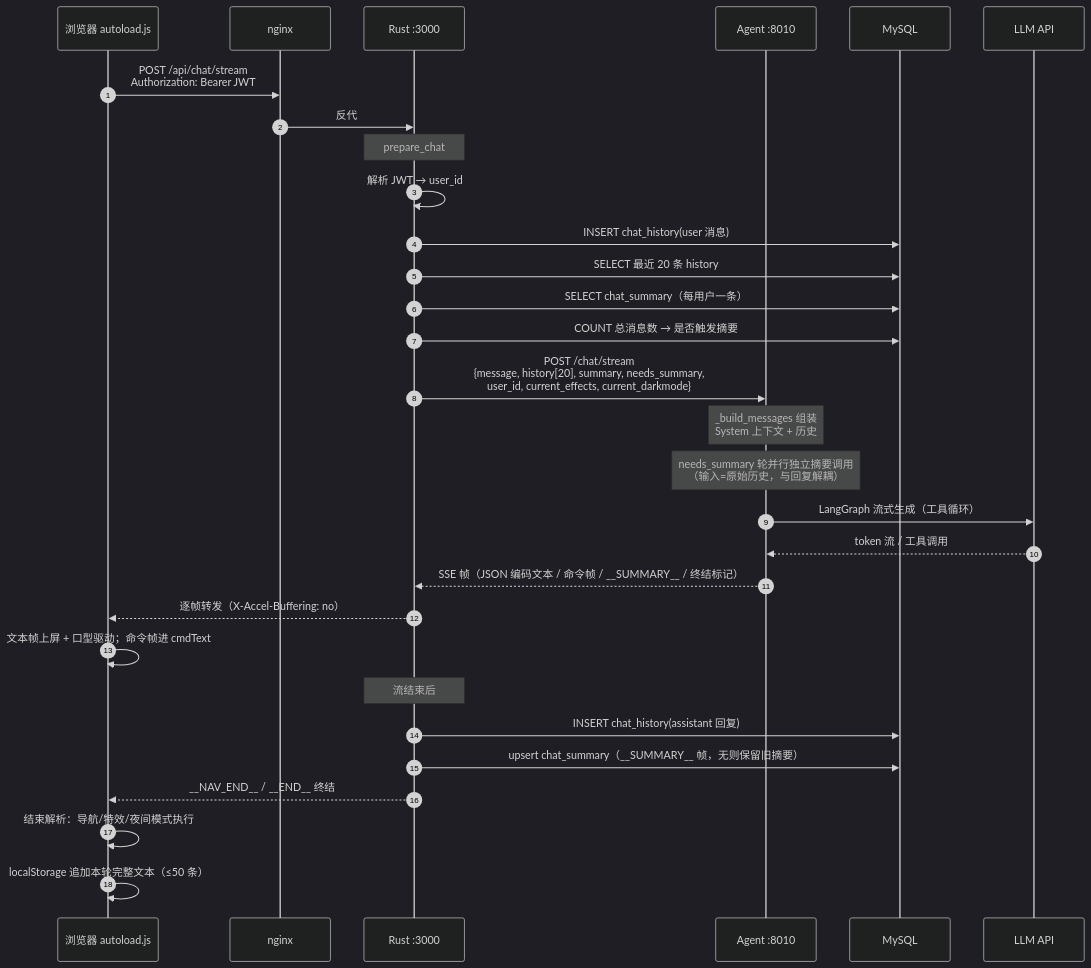
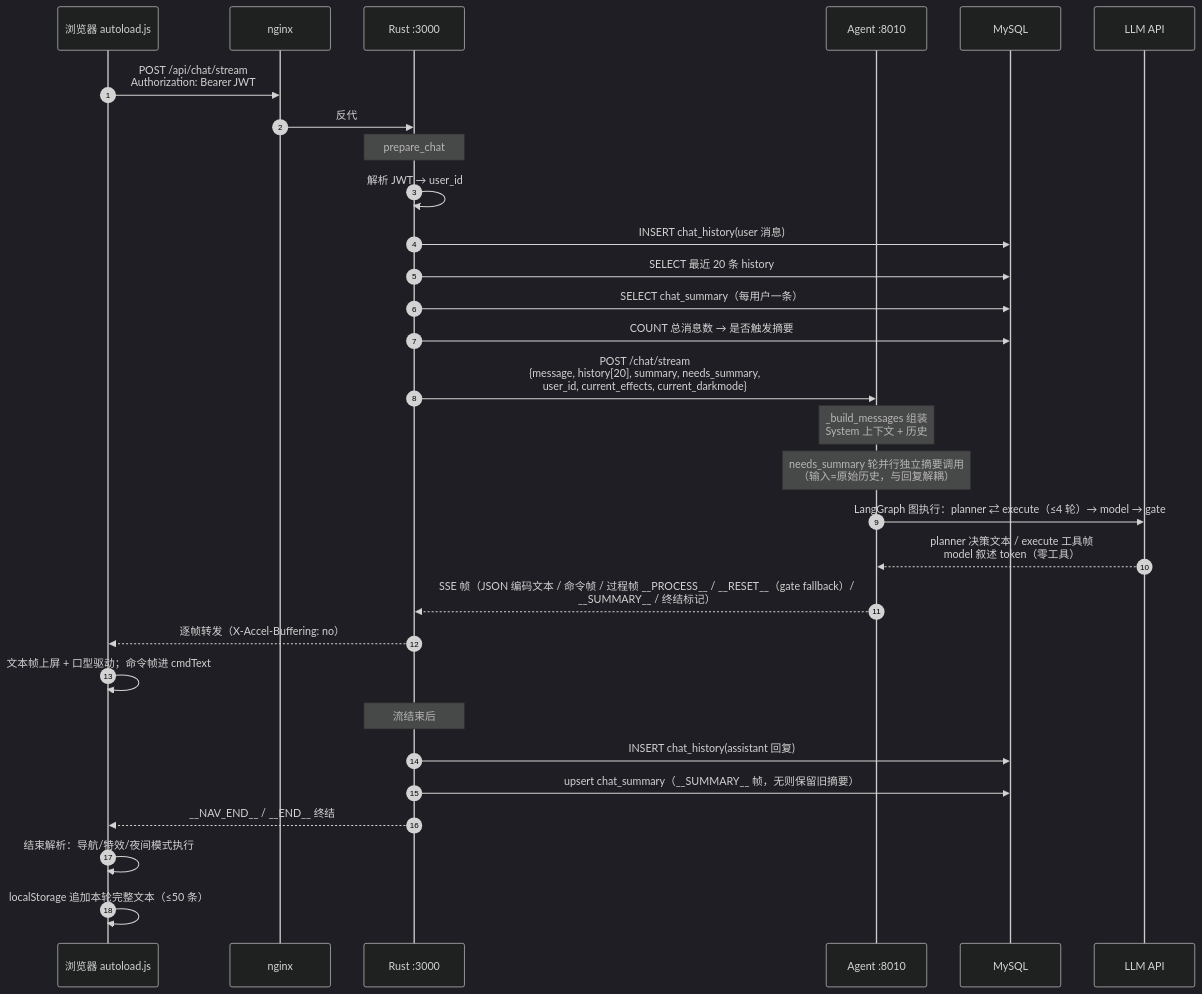
Before and after one commit to BigLeopardCat/saudade-blog-agent: the second of 5 diagrams in docs/agent-architecture.md, drawn with Mermaid (dark theme). The commit also changed other lines of this file and 10 other files, not shown here.

````diff
--- a/docs/agent-architecture.md
+++ b/docs/agent-architecture.md
@@ -138,33 +138,33 @@
 ```mermaid
 sequenceDiagram
     autonumber
     participant B as 浏览器 autoload.js
     participant N as nginx
     participant R as Rust :3000
     participant A as Agent :8010
     participant DB as MySQL
     participant L as LLM API
 
     B->>N: POST /api/chat/stream<br/>Authorization: Bearer JWT
     N->>R: 反代
     Note over R: prepare_chat
     R->>R: 解析 JWT → user_id
     R->>DB: INSERT chat_history(user 消息)
     R->>DB: SELECT 最近 20 条 history
     R->>DB: SELECT chat_summary（每用户一条）
     R->>DB: COUNT 总消息数 → 是否触发摘要
     R->>A: POST /chat/stream<br/>{message, history[20], summary, needs_summary,<br/>user_id, current_effects, current_darkmode}
     Note over A: _build_messages 组装<br/>System 上下文 + 历史
     Note over A: needs_summary 轮并行独立摘要调用<br/>（输入=原始历史，与回复解耦）
-    A->>L: LangGraph 流式生成（工具循环）
-    L-->>A: token 流 / 工具调用
-    A-->>R: SSE 帧（JSON 编码文本 / 命令帧 / __SUMMARY__ / 终结标记）
+    A->>L: LangGraph 图执行：planner ⇄ execute（≤4 轮）→ model → gate
+    L-->>A: planner 决策文本 / execute 工具帧<br/>model 叙述 token（零工具）
+    A-->>R: SSE 帧（JSON 编码文本 / 命令帧 / 过程帧 __PROCESS__ / __RESET__（gate fallback）/<br/>__SUMMARY__ / 终结标记）
     R-->>B: 逐帧转发（X-Accel-Buffering: no）
     B->>B: 文本帧上屏 + 口型驱动；命令帧进 cmdText
     Note over R: 流结束后
     R->>DB: INSERT chat_history(assistant 回复)
     R->>DB: upsert chat_summary（__SUMMARY__ 帧，无则保留旧摘要）
     R-->>B: __NAV_END__ / __END__ 终结
     B->>B: 结束解析：导航/特效/夜间模式执行
     B->>B: localStorage 追加本轮完整文本（≤50 条）
 ```
````
